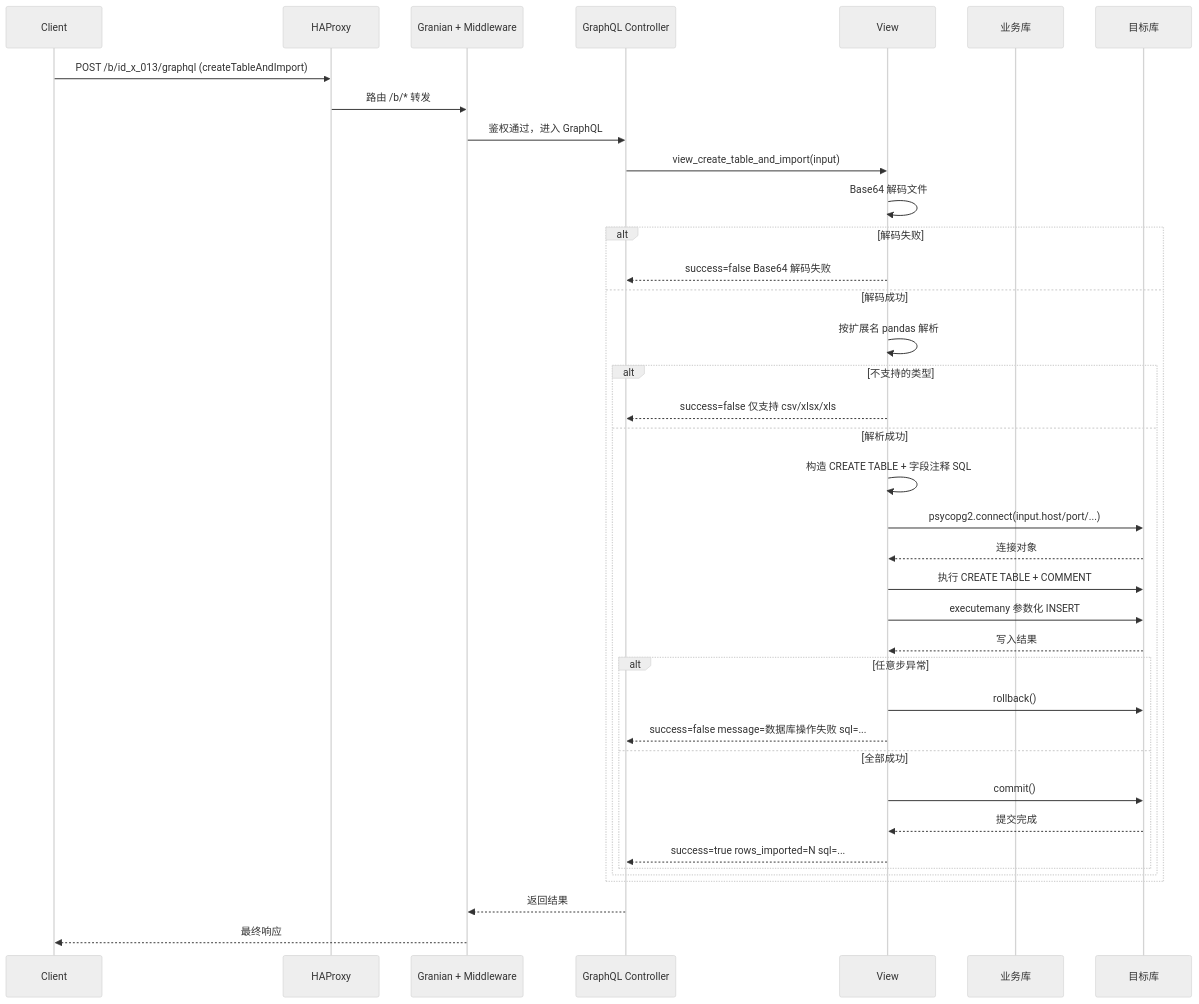
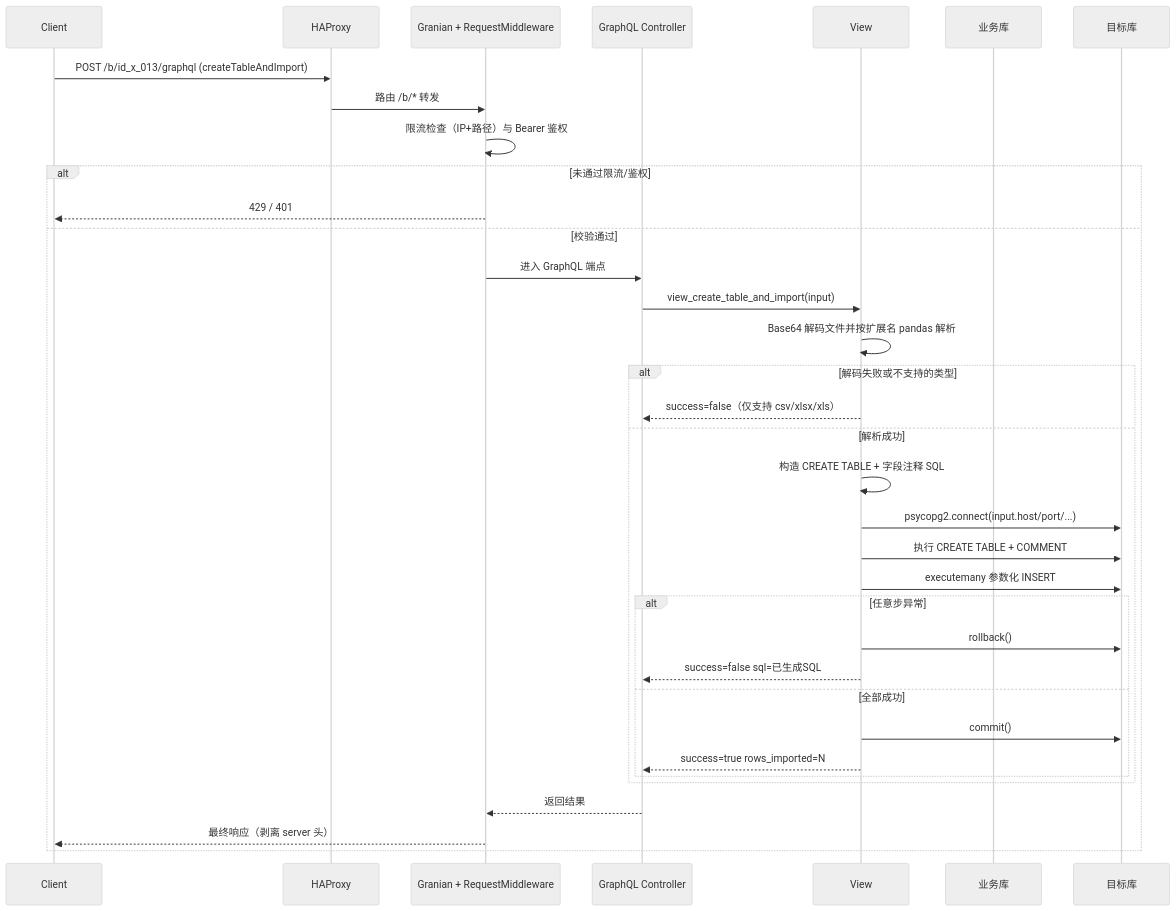
One commit to i-TorchLabs/id_x_013 changed the second of 2 diagrams in README.md. Above: the diagram before and after it, drawn with Mermaid (neutral theme). The commit also changed other lines of this file and 9 other files, not shown here.

````diff
--- a/README.md
+++ b/README.md
@@ -122,46 +118,38 @@
 ```mermaid
 sequenceDiagram
   participant C as Client
   participant H as HAProxy
-  participant M as Granian + Middleware
+  participant M as Granian + RequestMiddleware
   participant G as GraphQL Controller
   participant V as View
   participant Biz as 业务库
   participant T as 目标库
 
   C->>H: POST /b/id_x_013/graphql (createTableAndImport)
   H->>M: 路由 /b/* 转发
-  M->>G: 鉴权通过，进入 GraphQL
-  G->>V: view_create_table_and_import(input)
-
-  V->>V: Base64 解码文件
-  alt 解码失败
-    V-->>G: success=false Base64 解码失败
-  else 解码成功
-    V->>V: 按扩展名 pandas 解析
-
-    alt 不支持的类型
-      V-->>G: success=false 仅支持 csv/xlsx/xls
+  M->>M: 限流检查（IP+路径）与 Bearer 鉴权
+  alt 未通过限流/鉴权
+    M-->>C: 429 / 401
+  else 校验通过
+    M->>G: 进入 GraphQL 端点
+    G->>V: view_create_table_and_import(input)
+    V->>V: Base64 解码文件并按扩展名 pandas 解析
+    alt 解码失败或不支持的类型
+      V-->>G: success=false（仅支持 csv/xlsx/xls）
     else 解析成功
       V->>V: 构造 CREATE TABLE + 字段注释 SQL
       V->>T: psycopg2.connect(input.host/port/...)
-      T-->>V: 连接对象
-
       V->>T: 执行 CREATE TABLE + COMMENT
       V->>T: executemany 参数化 INSERT
-      T-->>V: 写入结果
-
       alt 任意步异常
         V->>T: rollback()
-        V-->>G: success=false message=数据库操作失败 sql=...
+        V-->>G: success=false sql=已生成SQL
       else 全部成功
         V->>T: commit()
-        T-->>V: 提交完成
-        V-->>G: success=true rows_imported=N sql=...
+        V-->>G: success=true rows_imported=N
       end
     end
+    G-->>M: 返回结果
+    M-->>C: 最终响应（剥离 server 头）
   end
-
-  G-->>M: 返回结果
-  M-->>C: 最终响应
 ```
````
